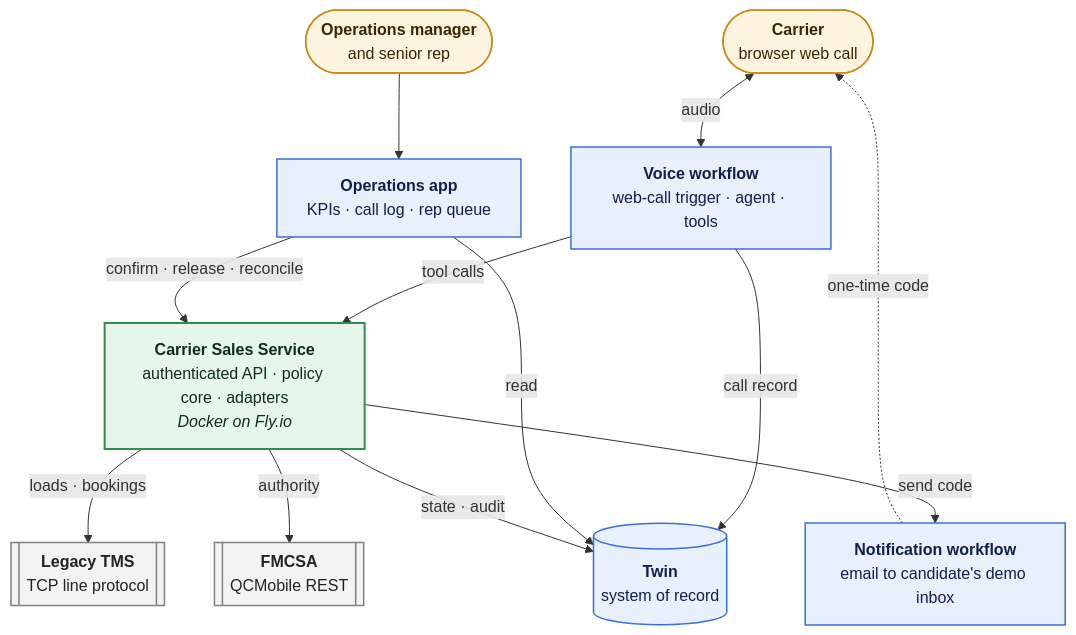
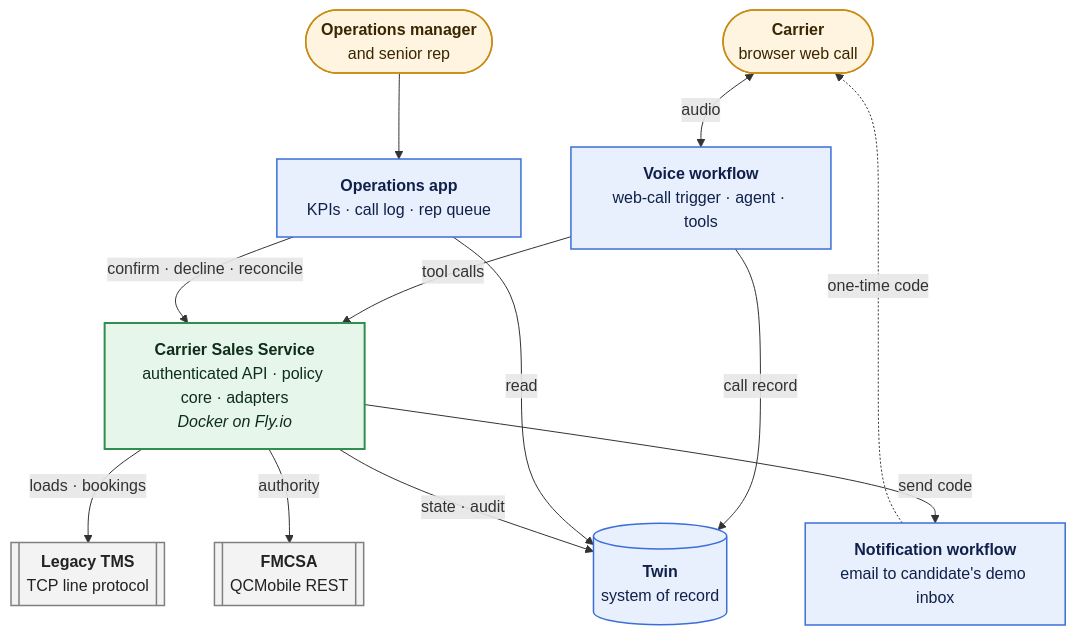
Before and after one commit to sgon0181/happyrobot-inbound-carrier-sales: the first of 3 diagrams in ARCHITECTURE.md, drawn with Mermaid. The commit also changed other lines of this file and 5 other files, not shown here.

First line of the commit message:
docs: architecture v2.3, book at agreement

````diff
--- a/ARCHITECTURE.md
+++ b/ARCHITECTURE.md
@@ -39,36 +39,36 @@
 ```mermaid
 flowchart TB
     carrier(["<b>Carrier</b><br/>browser web call"])
     manager(["<b>Operations manager</b><br/>and senior rep"])
 
     voice["<b>Voice workflow</b><br/>web-call trigger · agent · tools"]
     app["<b>Operations app</b><br/>KPIs · call log · rep queue"]
 
     svc["<b>Carrier Sales Service</b><br/>authenticated API · policy core · adapters<br/><i>Docker on Fly.io</i>"]
 
     tms[["<b>Legacy TMS</b><br/>TCP line protocol"]]
     fmcsa[["<b>FMCSA</b><br/>QCMobile REST"]]
     twin[("<b>Twin</b><br/>system of record")]
     notify["<b>Notification workflow</b><br/>email to candidate's demo inbox"]
 
     carrier <-->|audio| voice
     manager --> app
     voice -->|tool calls| svc
-    app -->|"confirm · release · reconcile"| svc
+    app -->|"confirm · decline · reconcile"| svc
     voice -->|call record| twin
     app -->|read| twin
     svc -->|"loads · bookings"| tms
     svc -->|authority| fmcsa
     svc -->|"state · audit"| twin
     svc -->|send code| notify
     notify -.->|one-time code| carrier
 
     classDef hr fill:#e8f0fe,stroke:#3b6fd8,stroke-width:1.5px,color:#10204a
     classDef svc fill:#e6f6ea,stroke:#2f8f4e,stroke-width:2px,color:#0f2e19
     classDef ext fill:#f3f3f3,stroke:#808080,stroke-width:1.5px,color:#222
     classDef person fill:#fff4e0,stroke:#c98a12,stroke-width:1.5px,color:#3a2700
     class voice,app,twin,notify hr
     class svc svc
     class tms,fmcsa ext
     class carrier,manager person
 ```
````
